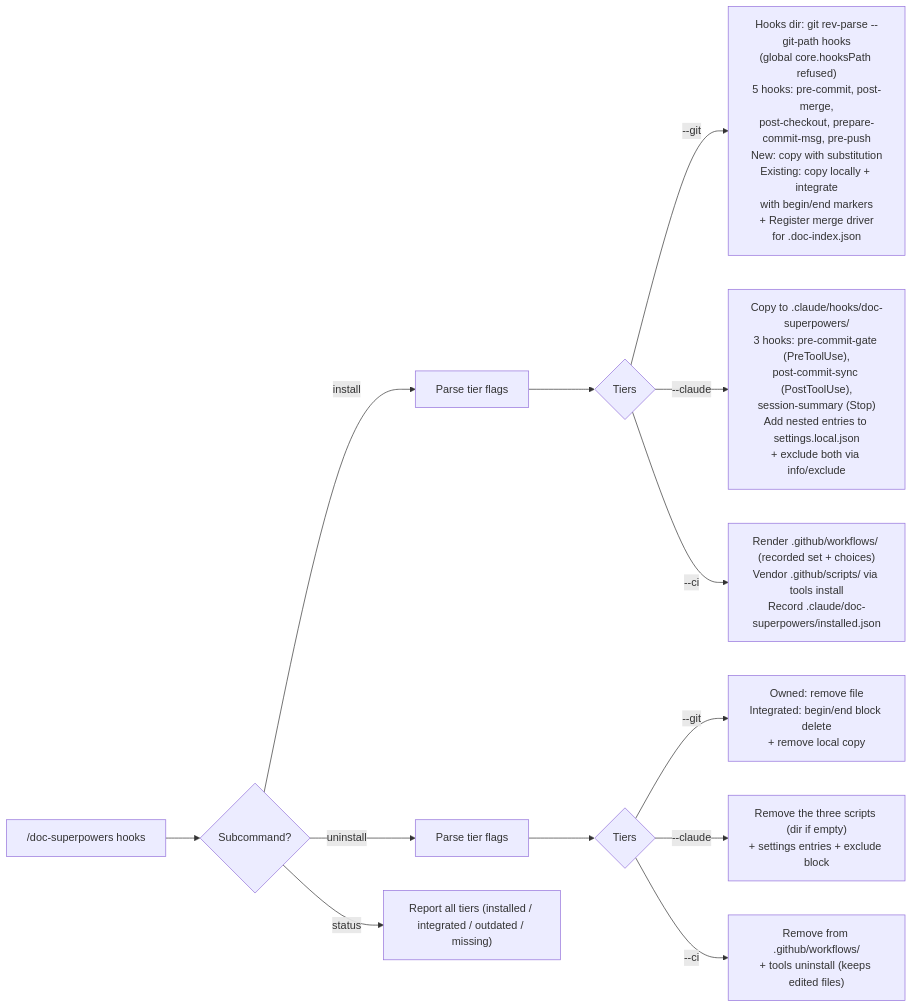
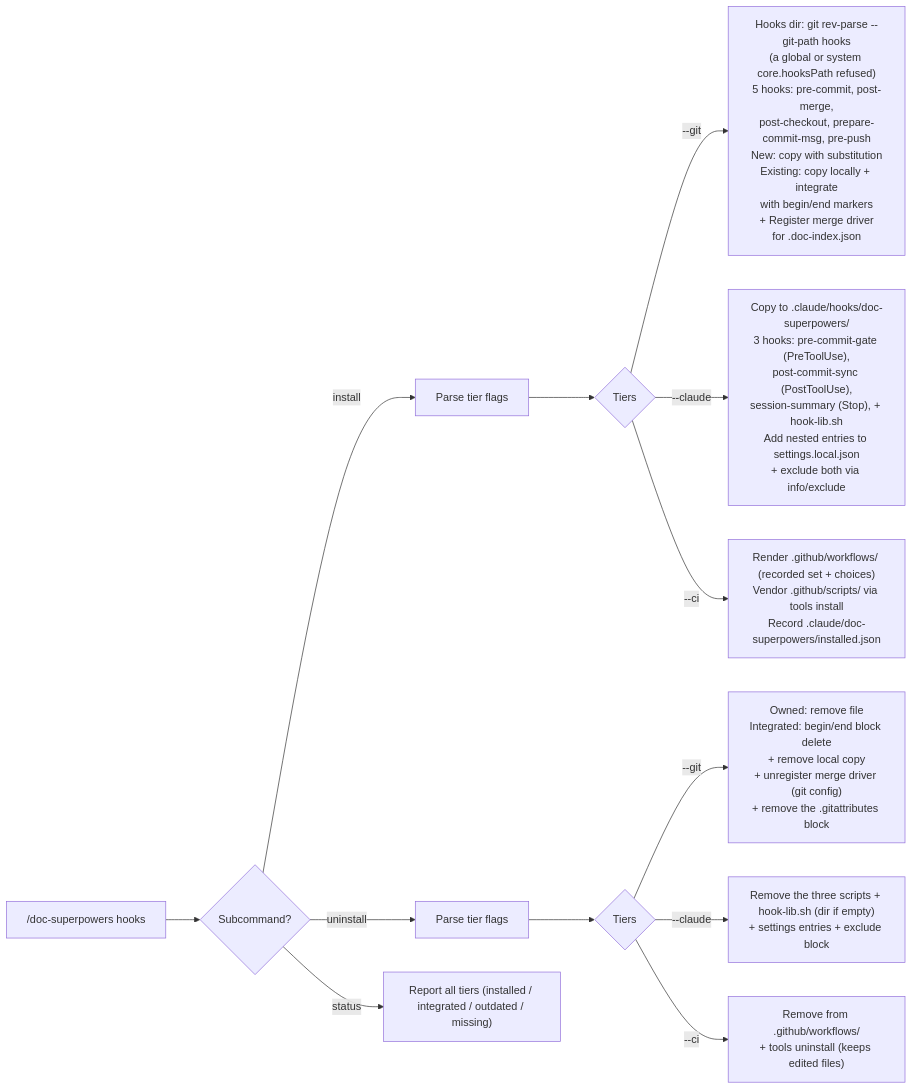
Before and after one commit to woodrowpearson/doc-superpowers: the fifth of 11 diagrams in docs/workflows/doc-superpowers.md, drawn with Mermaid. The commit also changed other lines of this file, not shown here.

First line of the commit message:
docs(workflows): claims-era flows, artifacts, state, gates (U15, U16)

````diff
--- a/docs/workflows/doc-superpowers.md
+++ b/docs/workflows/doc-superpowers.md
@@ -448,15 +452,15 @@
 ```mermaid
 flowchart LR
   A["/doc-superpowers hooks"] --> B{Subcommand?}
   B -->|install| C["Parse tier flags"]
   B -->|uninstall| D["Parse tier flags"]
   B -->|status| E["Report all tiers (installed / integrated / outdated / missing)"]
   C --> F{Tiers}
-  F -->|--git| G["Hooks dir: git rev-parse --git-path hooks\n(global core.hooksPath refused)\n5 hooks: pre-commit, post-merge,\npost-checkout, prepare-commit-msg, pre-push\nNew: copy with substitution\nExisting: copy locally + integrate\nwith begin/end markers\n+ Register merge driver\nfor .doc-index.json"]
-  F -->|--claude| H["Copy to .claude/hooks/doc-superpowers/\n3 hooks: pre-commit-gate (PreToolUse),\npost-commit-sync (PostToolUse),\nsession-summary (Stop)\nAdd nested entries to settings.local.json\n+ exclude both via info/exclude"]
-  F -->|--ci| I["Render .github/workflows/ (recorded set + choices)\nVendor .github/scripts/ via tools install\nRecord .claude/doc-superpowers/installed.json"]
+  F -->|--git| G["Hooks dir: git rev-parse --git-path hooks<br>(a global or system core.hooksPath refused)<br>5 hooks: pre-commit, post-merge,<br>post-checkout, prepare-commit-msg, pre-push<br>New: copy with substitution<br>Existing: copy locally + integrate<br>with begin/end markers<br>+ Register merge driver<br>for .doc-index.json"]
+  F -->|--claude| H["Copy to .claude/hooks/doc-superpowers/<br>3 hooks: pre-commit-gate (PreToolUse),<br>post-commit-sync (PostToolUse),<br>session-summary (Stop), + hook-lib.sh<br>Add nested entries to settings.local.json<br>+ exclude both via info/exclude"]
+  F -->|--ci| I["Render .github/workflows/ (recorded set + choices)<br>Vendor .github/scripts/ via tools install<br>Record .claude/doc-superpowers/installed.json"]
   D --> J{Tiers}
-  J -->|--git| K["Owned: remove file\nIntegrated: begin/end block delete\n+ remove local copy"]
-  J -->|--claude| L["Remove the three scripts (dir if empty)\n+ settings entries + exclude block"]
-  J -->|--ci| M["Remove from .github/workflows/\n+ tools uninstall (keeps edited files)"]
+  J -->|--git| K["Owned: remove file<br>Integrated: begin/end block delete<br>+ remove local copy<br>+ unregister merge driver (git config)<br>+ remove the .gitattributes block"]
+  J -->|--claude| L["Remove the three scripts + hook-lib.sh (dir if empty)<br>+ settings entries + exclude block"]
+  J -->|--ci| M["Remove from .github/workflows/<br>+ tools uninstall (keeps edited files)"]
 ```
````
